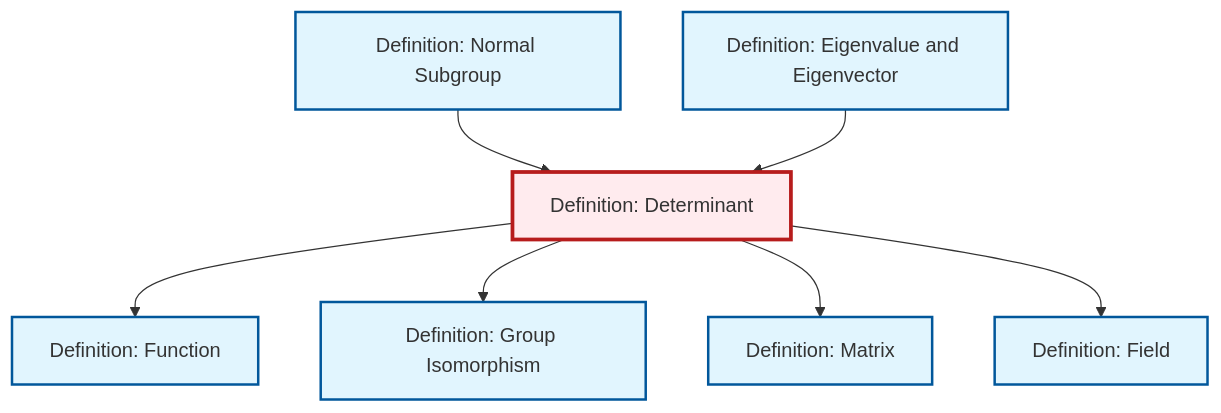
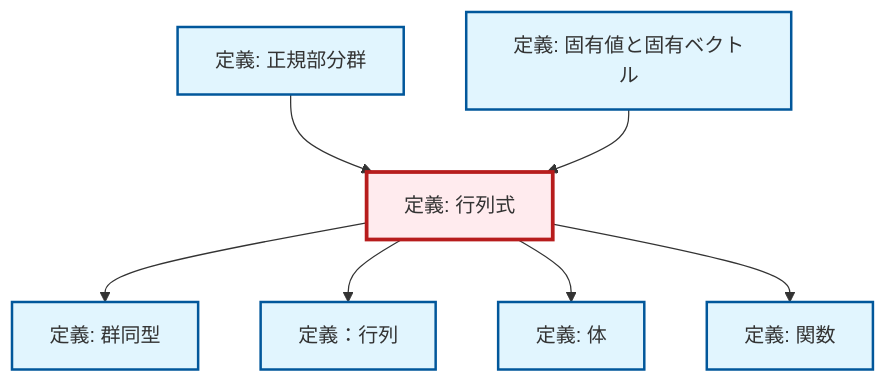
One commit to RK0429/ModernMath changed the diagram in content/ja/algebra/def-determinant.qmd. Above: the diagram before and after it, drawn with Mermaid. The commit also changed 1069 other files, not shown here.

````diff
--- a/content/ja/algebra/def-determinant.qmd
+++ b/content/ja/algebra/def-determinant.qmd
@@ -82,29 +82,29 @@
 ```{mermaid}
 %%| fig-cap: "Local dependency graph"
 graph TD
     classDef definition fill:#e1f5fe,stroke:#01579b,stroke-width:2px
     classDef theorem fill:#f3e5f5,stroke:#4a148c,stroke-width:2px
     classDef axiom fill:#fff3e0,stroke:#e65100,stroke-width:2px
     classDef example fill:#e8f5e9,stroke:#1b5e20,stroke-width:2px
     classDef current fill:#ffebee,stroke:#b71c1c,stroke-width:3px
-    def-isomorphism["Definition: Group Isomorphism"]:::definition
-    def-field["Definition: Field"]:::definition
-    def-determinant["Definition: Determinant"]:::definition
-    def-matrix["Definition: Matrix"]:::definition
-    def-eigenvalue-eigenvector["Definition: Eigenvalue and Eigenvector"]:::definition
-    def-function["Definition: Function"]:::definition
-    def-normal-subgroup["Definition: Normal Subgroup"]:::definition
-    def-determinant --> def-function
-    def-normal-subgroup --> def-determinant
-    def-eigenvalue-eigenvector --> def-determinant
+    def-determinant["定義: 行列式"]:::definition
+    def-function["定義: 関数"]:::definition
+    def-eigenvalue-eigenvector["定義: 固有値と固有ベクトル"]:::definition
+    def-normal-subgroup["定義: 正規部分群"]:::definition
+    def-field["定義: 体"]:::definition
+    def-isomorphism["定義: 群同型"]:::definition
+    def-matrix["定義：行列"]:::definition
     def-determinant --> def-isomorphism
     def-determinant --> def-matrix
+    def-normal-subgroup --> def-determinant
     def-determinant --> def-field
+    def-determinant --> def-function
+    def-eigenvalue-eigenvector --> def-determinant
     class def-determinant current
-    click def-isomorphism "def-isomorphism.html" "Definition: Group Isomorphismへ"
-    click def-field "def-field.html" "Definition: Fieldへ"
-    click def-matrix "def-matrix.html" "Definition: Matrixへ"
-    click def-eigenvalue-eigenvector "def-eigenvalue-eigenvector.html" "Definition: Eigenvalue and Eigenvectorへ"
-    click def-function "def-function.html" "Definition: Functionへ"
-    click def-normal-subgroup "def-normal-subgroup.html" "Definition: Normal Subgroupへ"
+    click def-function "def-function.html" "関数の定義へ"
+    click def-eigenvalue-eigenvector "def-eigenvalue-eigenvector.html" "固有値と固有ベクトルの定義へ"
+    click def-normal-subgroup "def-normal-subgroup.html" "正規部分群の定義へ"
+    click def-field "def-field.html" "体の定義へ"
+    click def-isomorphism "def-isomorphism.html" "群同型の定義へ"
+    click def-matrix "def-matrix.html" "定義：行列へ"
 ```
````
